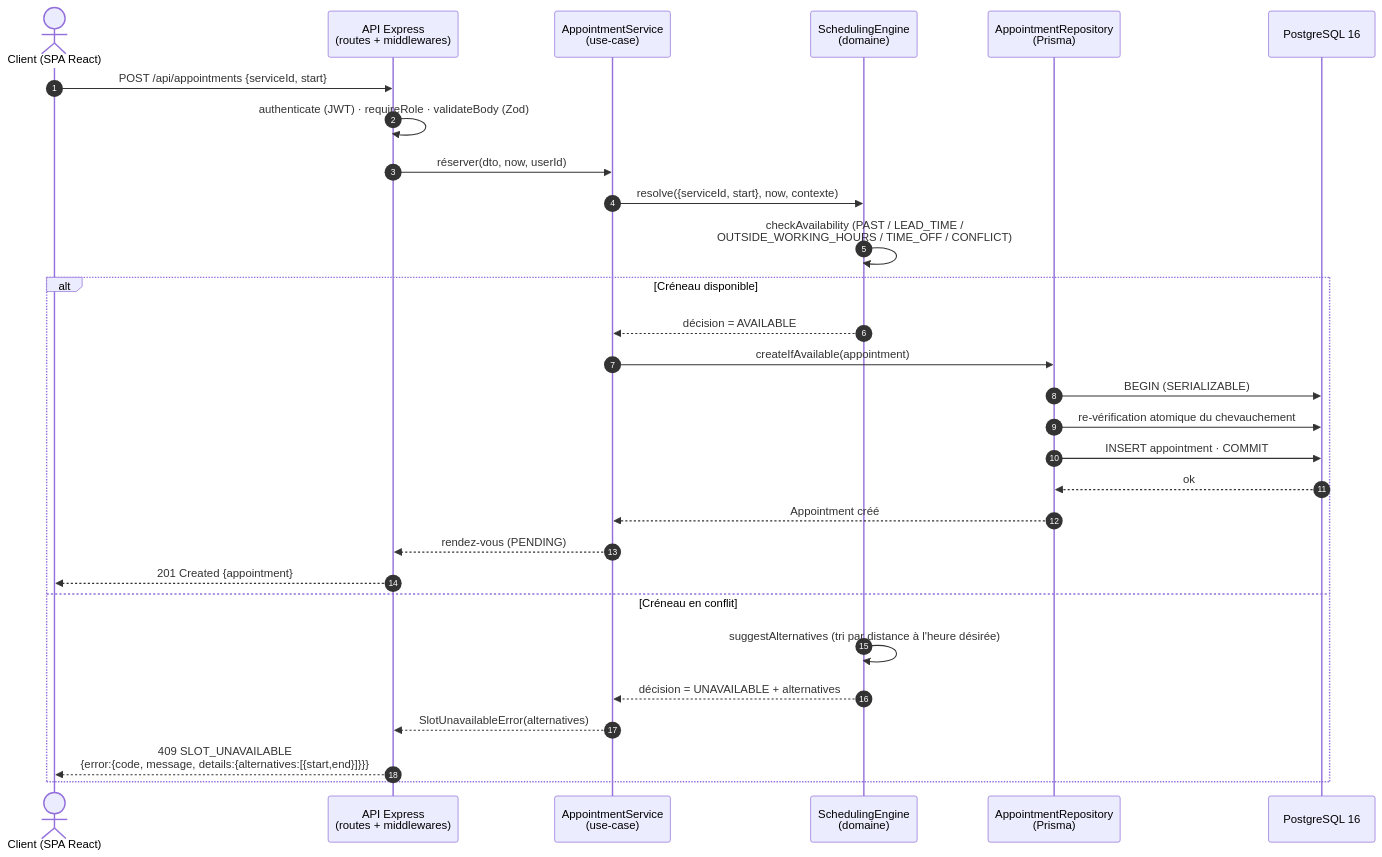
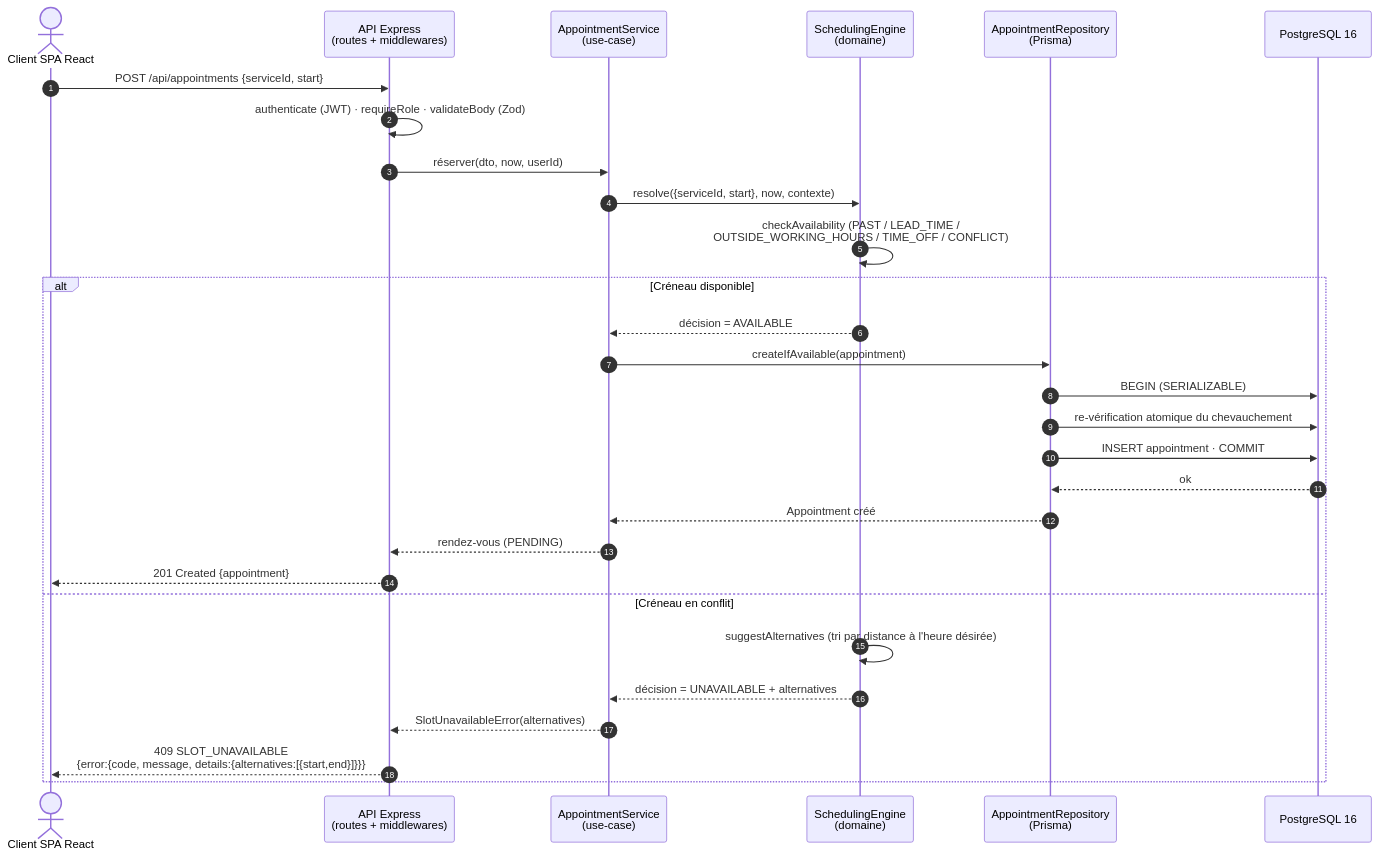
One commit to Sorathia13/ynov-fil-rouge changed the fourth of 4 diagrams in docs/architecture.md. Above: the diagram before and after it, drawn with Mermaid. The commit also changed other lines of this file, not shown here.

Commit message:
fix(docs): corrige la syntaxe des diagrammes mermaid de l'architecture

````diff
--- a/docs/architecture.md
+++ b/docs/architecture.md
@@ -208,33 +208,33 @@
 ```mermaid
 sequenceDiagram
     autonumber
-    actor Client as Client (SPA React)
+    actor Client as Client SPA React
     participant API as API Express<br/>(routes + middlewares)
     participant UC as AppointmentService<br/>(use-case)
     participant SE as SchedulingEngine<br/>(domaine)
     participant Repo as AppointmentRepository<br/>(Prisma)
     participant DB as PostgreSQL 16
 
     Client->>API: POST /api/appointments {serviceId, start}
     API->>API: authenticate (JWT) · requireRole · validateBody (Zod)
     API->>UC: réserver(dto, now, userId)
     UC->>SE: resolve({serviceId, start}, now, contexte)
     SE->>SE: checkAvailability (PAST / LEAD_TIME /<br/>OUTSIDE_WORKING_HOURS / TIME_OFF / CONFLICT)
 
     alt Créneau disponible
         SE-->>UC: décision = AVAILABLE
         UC->>Repo: createIfAvailable(appointment)
         Repo->>DB: BEGIN (SERIALIZABLE)
         Repo->>DB: re-vérification atomique du chevauchement
         Repo->>DB: INSERT appointment · COMMIT
         DB-->>Repo: ok
         Repo-->>UC: Appointment créé
         UC-->>API: rendez-vous (PENDING)
         API-->>Client: 201 Created {appointment}
     else Créneau en conflit
         SE->>SE: suggestAlternatives (tri par distance à l'heure désirée)
         SE-->>UC: décision = UNAVAILABLE + alternatives
         UC-->>API: SlotUnavailableError(alternatives)
         API-->>Client: 409 SLOT_UNAVAILABLE<br/>{error:{code, message, details:{alternatives:[{start,end}]}}}
     end
 ```
````
